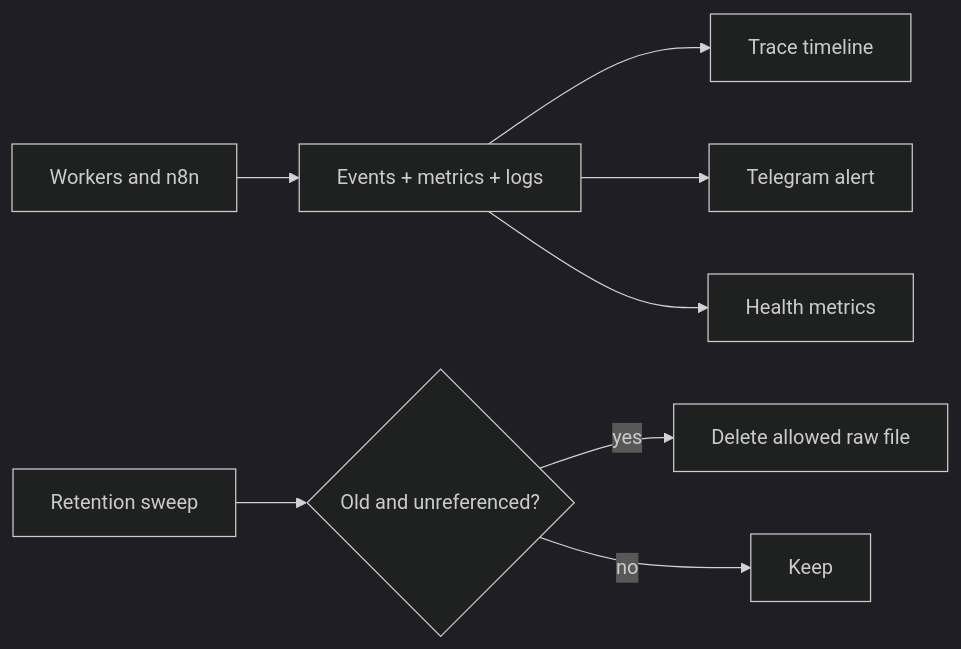
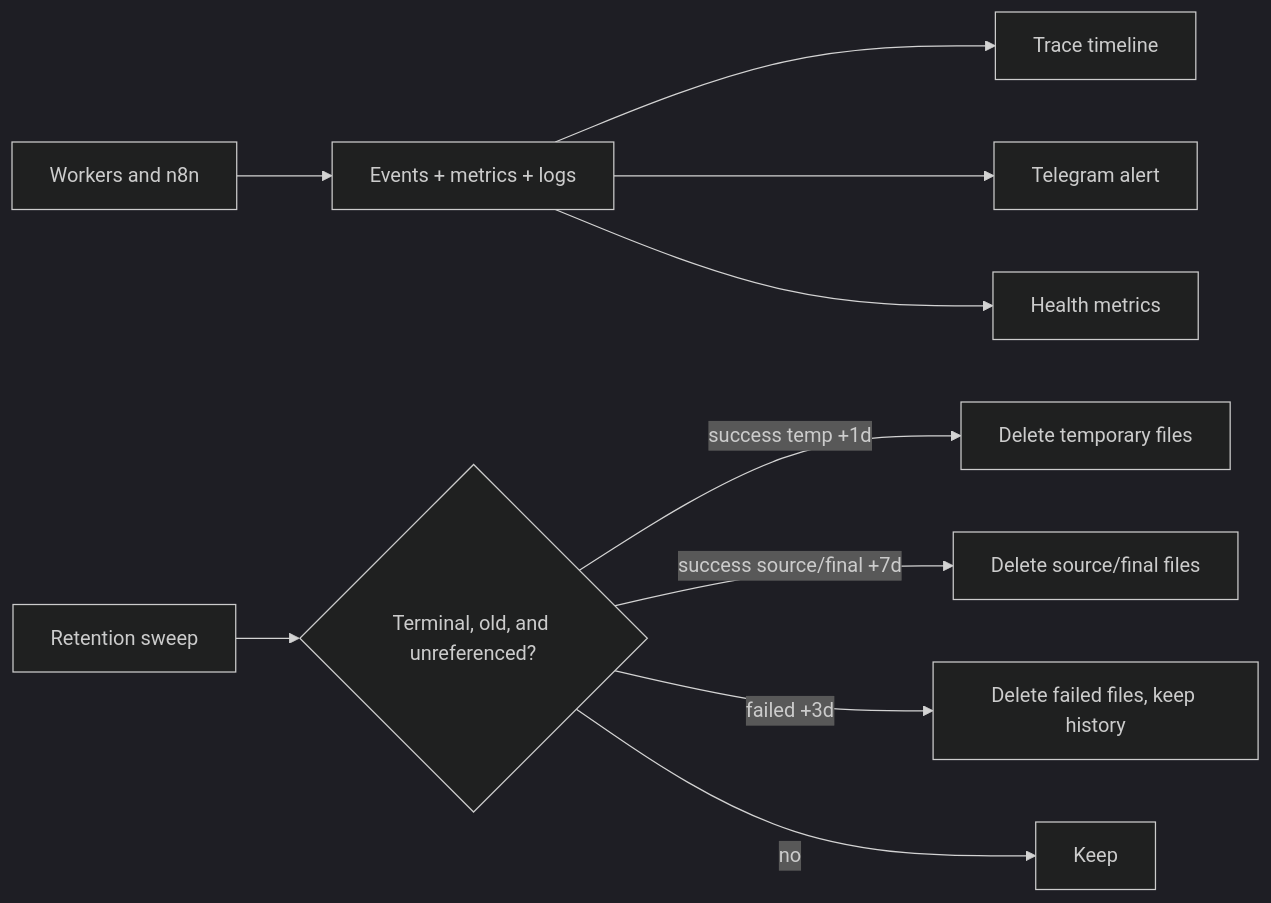
One commit to quyen244/free-scheduler changed the diagram in features/reliability_observability_retention/spec.md. Above: the diagram before and after it, drawn with Mermaid (dark theme). The commit also changed other lines of this file and 25 other files, not shown here.

````diff
--- a/features/reliability_observability_retention/spec.md
+++ b/features/reliability_observability_retention/spec.md
@@ -18,10 +19,12 @@
 ```mermaid
 flowchart LR
     W[Workers and n8n] --> E[Events + metrics + logs]
     E --> T[Trace timeline]
     E --> A[Telegram alert]
     E --> M[Health metrics]
-    S[Retention sweep] --> R{Old and unreferenced?}
-    R -- yes --> D[Delete allowed raw file]
+    S[Retention sweep] --> R{Terminal, old, and unreferenced?}
+    R -- success temp +1d --> D1[Delete temporary files]
+    R -- success source/final +7d --> D2[Delete source/final files]
+    R -- failed +3d --> D3[Delete failed files, keep history]
     R -- no --> K[Keep]
 ```
````
